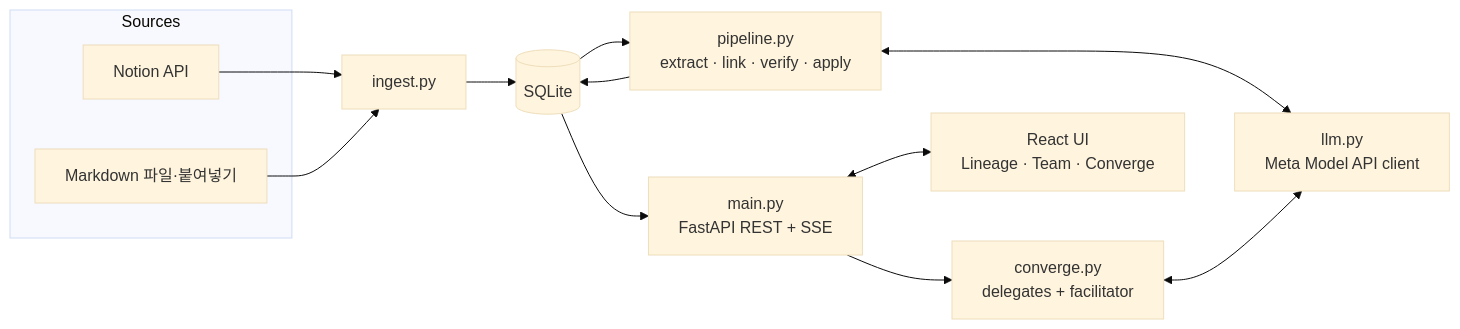
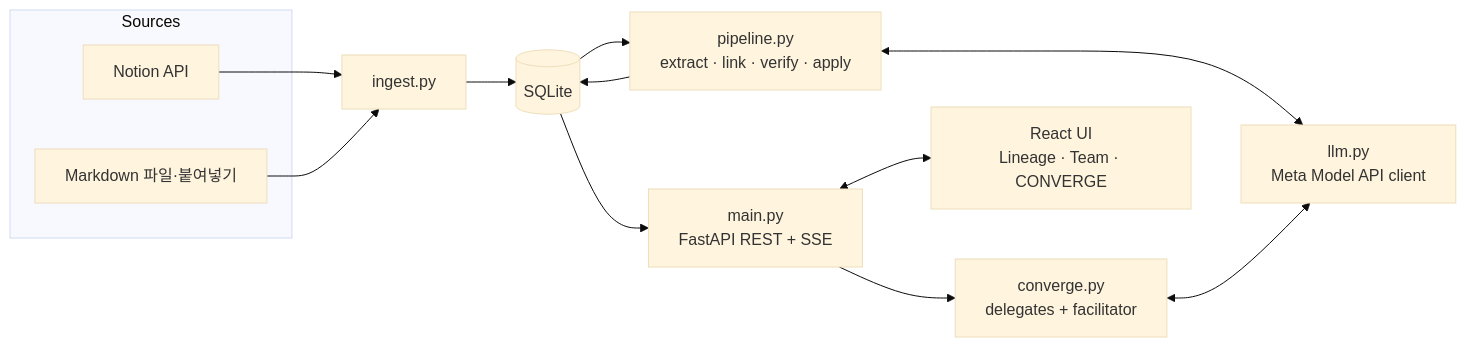
One commit to jmoongyu24/CONVERGE-Meta-Global-AI-Developer-Hackaton-2026 changed the diagram in docs/PLAN.md. Above: the diagram before and after it, drawn with Mermaid (base theme). The commit also changed other lines of this file and 25 other files, not shown here.

````diff
--- a/docs/PLAN.md
+++ b/docs/PLAN.md
@@ -130,17 +130,17 @@
 ```mermaid
 flowchart LR
   subgraph Sources
     N[Notion API]
     MD[Markdown 파일·붙여넣기]
   end
   N --> ING[ingest.py]
   MD --> ING
   ING --> DB[(SQLite)]
   DB --> PIPE[pipeline.py<br/>extract · link · verify · apply]
   PIPE <--> LLM[llm.py<br/>Meta Model API client]
   PIPE --> DB
   DB --> API[main.py<br/>FastAPI REST + SSE]
   API --> CONV[converge.py<br/>delegates + facilitator]
   CONV <--> LLM
-  API <--> WEB[React UI<br/>Lineage · Team · Converge]
+  API <--> WEB[React UI<br/>Lineage · Team · CONVERGE]
 ```
````
